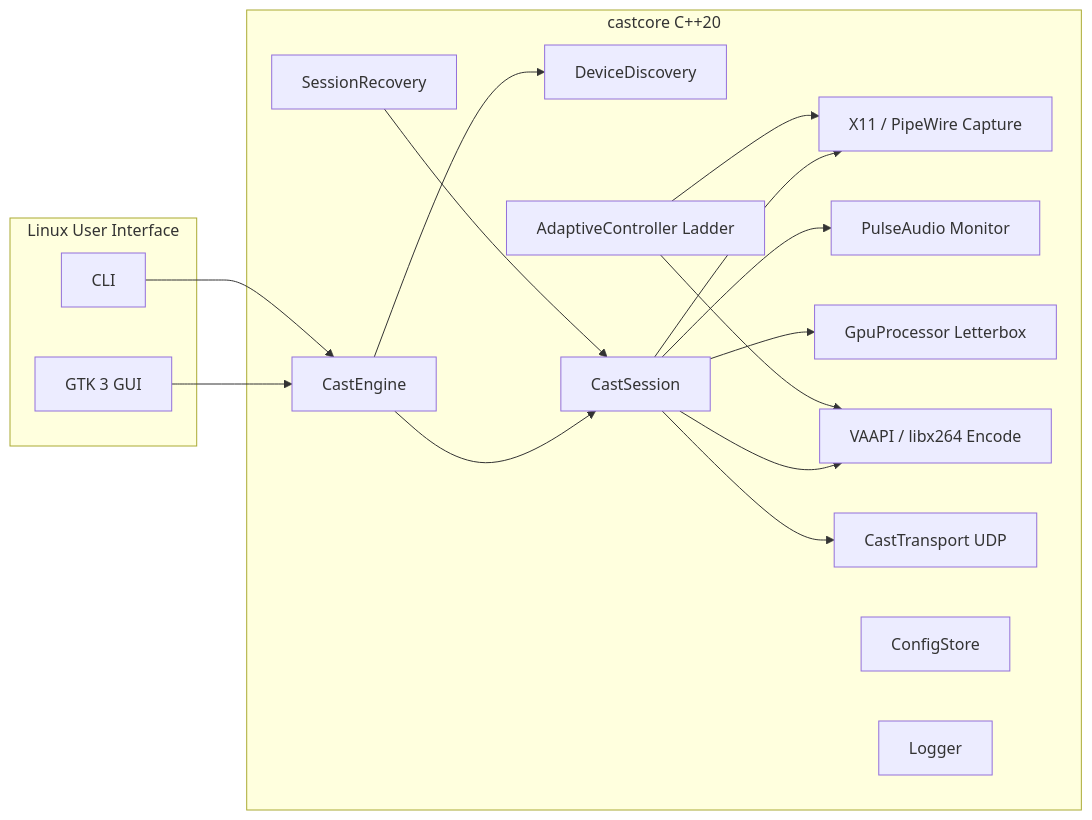
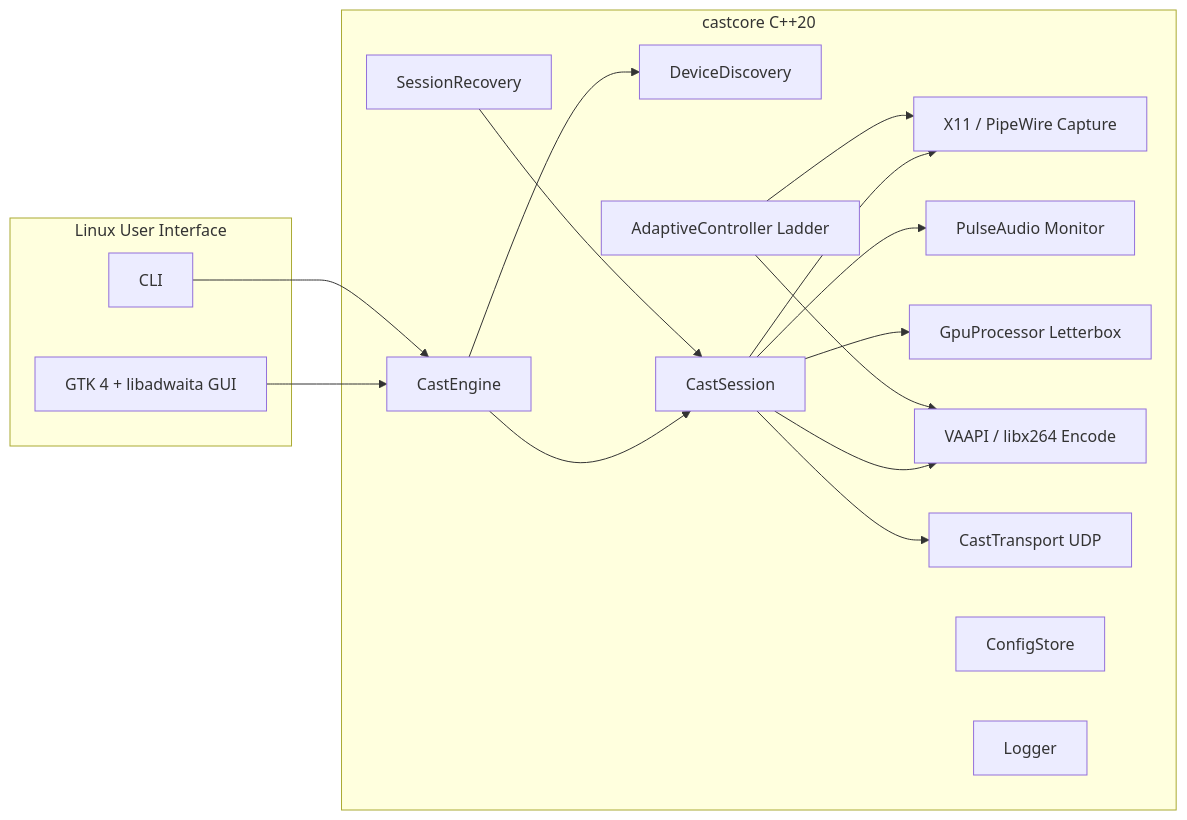
Before and after one commit to vindeckyy/CastMirror: the second of 2 diagrams in docs/ARCHITECTURE.md, drawn with Mermaid. The commit also changed other lines of this file and 32 other files, not shown here.

First line of the commit message:
feat(gui): GTK4 + libadwaita overhaul (dark, 4 pages, no WebView)

````diff
--- a/docs/ARCHITECTURE.md
+++ b/docs/ARCHITECTURE.md
@@ -100,33 +100,33 @@
 ```mermaid
 flowchart LR
     subgraph ui [Linux User Interface]
-        GTK[GTK 3 GUI]
+        GTK[GTK 4 + libadwaita GUI]
         CLI[CLI]
     end
     subgraph core [castcore C++20]
         Engine[CastEngine]
         Disc[DeviceDiscovery]
         Sess[CastSession]
         CapV[X11 / PipeWire Capture]
         CapA[PulseAudio Monitor]
         Gpu[GpuProcessor Letterbox]
         Enc[VAAPI / libx264 Encode]
         Tx[CastTransport UDP]
         Adapt[AdaptiveController Ladder]
         Recov[SessionRecovery]
         Cfg[ConfigStore]
         Log[Logger]
     end
     GTK --> Engine
     CLI --> Engine
     Engine --> Disc
     Engine --> Sess
     Sess --> CapV
     Sess --> CapA
     Sess --> Gpu
     Sess --> Enc
     Sess --> Tx
     Adapt --> Enc
     Adapt --> CapV
     Recov --> Sess
 ```
````
